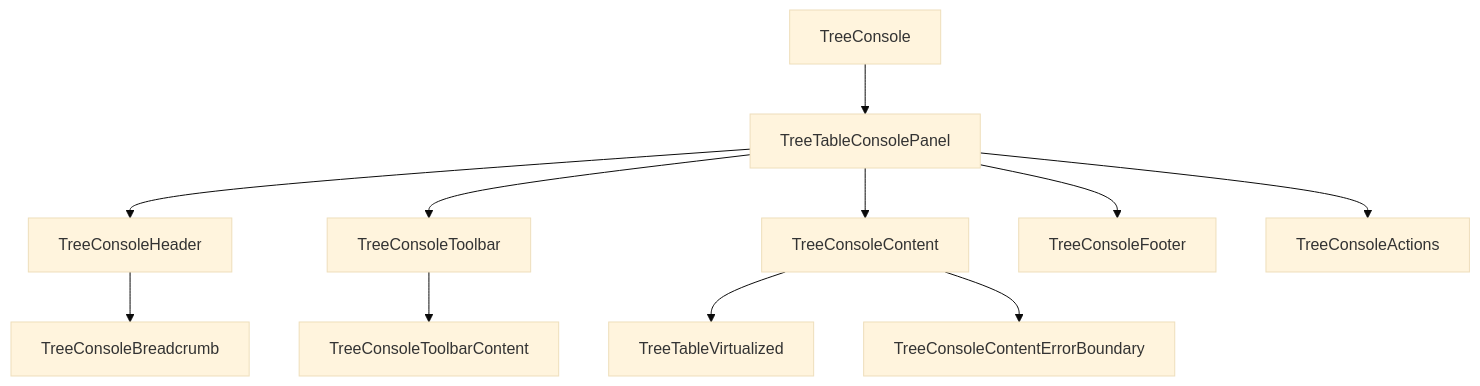
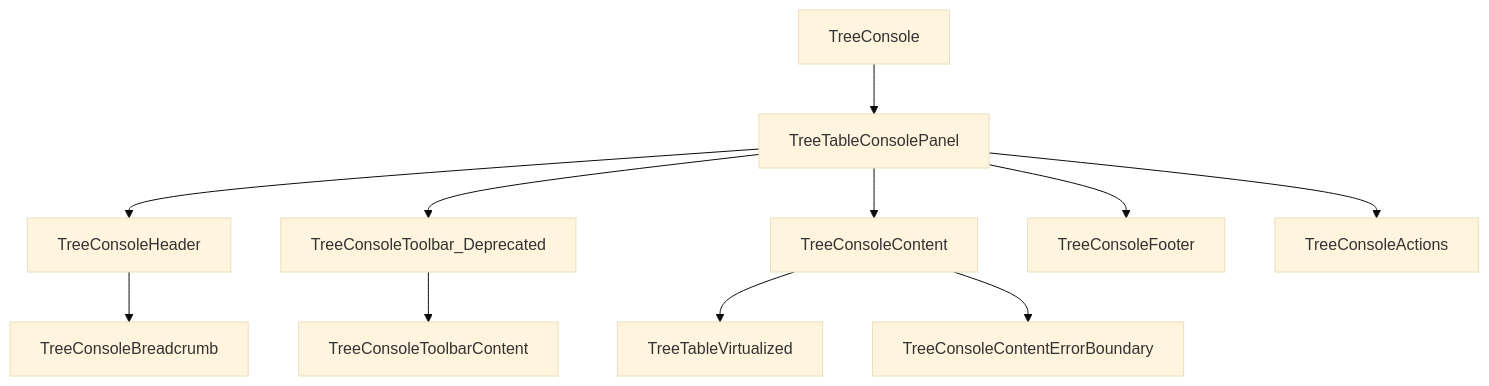
Before and after one commit to kubohiroya/hierarchidb: the first of 8 diagrams in docs/deprecated/REPORT/design/treeconsole-migration/dataflow.md, drawn with Mermaid (base theme). The commit also changed 329 other files, not shown here.

````diff
--- a/docs/deprecated/REPORT/design/treeconsole-migration/dataflow.md
+++ b/docs/deprecated/REPORT/design/treeconsole-migration/dataflow.md
@@ -13,14 +13,14 @@
 ```mermaid
 flowchart TD
     A[TreeConsole] --> B[TreeTableConsolePanel]
     B --> C[TreeConsoleHeader]
-    B --> D[TreeConsoleToolbar]
+    B --> D[TreeConsoleToolbar_Deprecated]
     B --> E[TreeConsoleContent]
     B --> F[TreeConsoleFooter]
     B --> G[TreeConsoleActions]
     
     C --> C1[TreeConsoleBreadcrumb]
     D --> D1[TreeConsoleToolbarContent]
     E --> E1[TreeTableVirtualized]
     E --> E2[TreeConsoleContentErrorBoundary]
 ```
````
